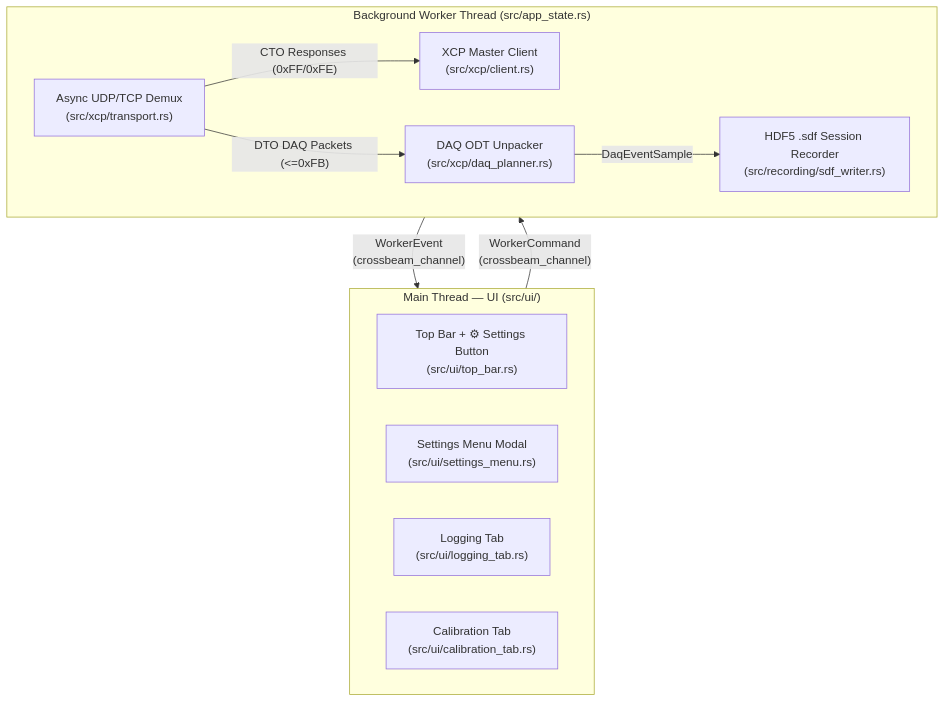
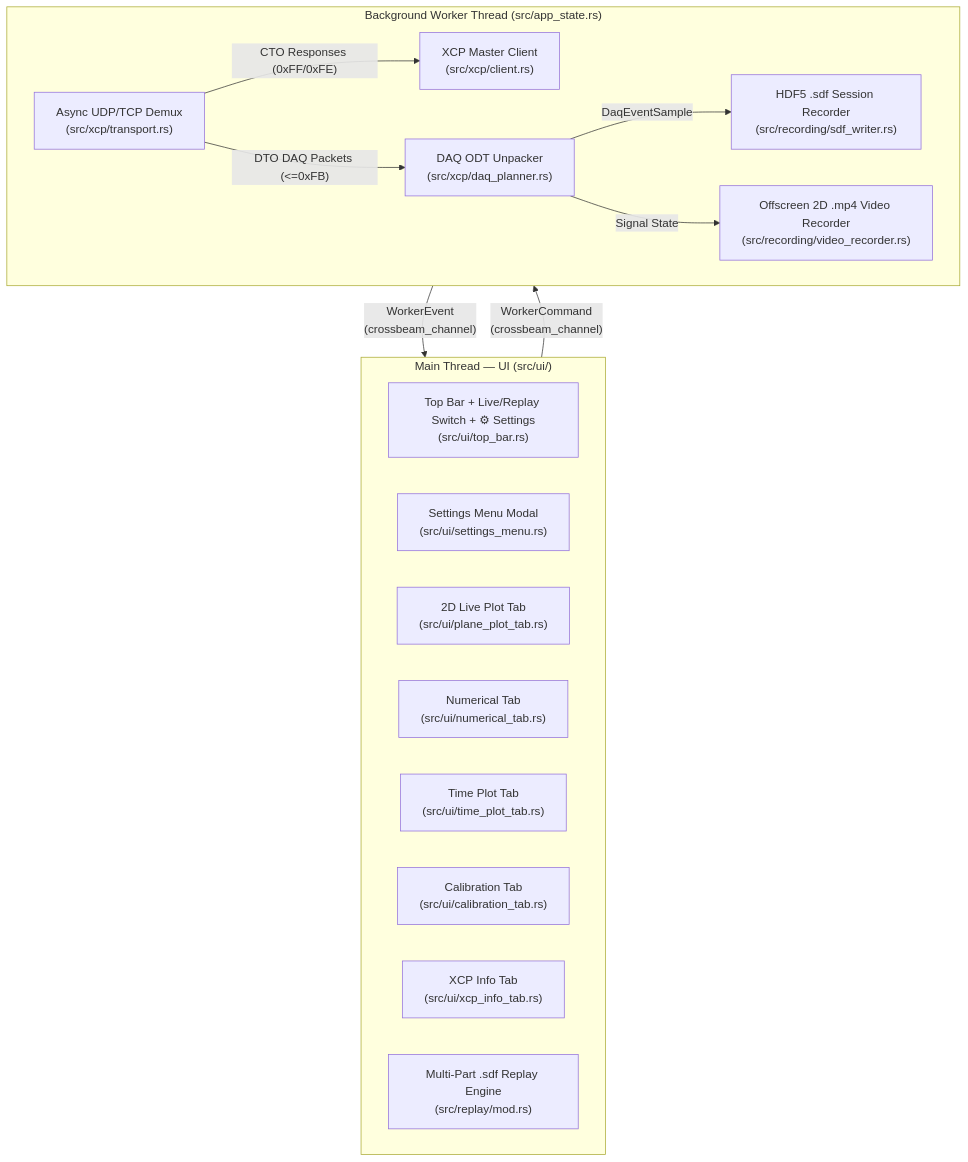
One commit to Ramin1886/Open_XCP_Client changed the diagram in docs/architecture.md. Above: the diagram before and after it, drawn with Mermaid. The commit also changed other lines of this file and 24 other files, not shown here.

Commit message:
Add 2D live plot, synchronized MP4 video recording, multi-part SDF replay, Time Plot, Numerical, and XCP Info tabs

````diff
--- a/docs/architecture.md
+++ b/docs/architecture.md
@@ -9,22 +9,28 @@
 ```mermaid
 flowchart TB
     subgraph UIThread["Main Thread — UI (src/ui/)"]
-        TopBar["Top Bar + ⚙ Settings Button\n(src/ui/top_bar.rs)"]
+        TopBar["Top Bar + Live/Replay Switch + ⚙ Settings\n(src/ui/top_bar.rs)"]
         SettingsModal["Settings Menu Modal\n(src/ui/settings_menu.rs)"]
-        LoggingTab["Logging Tab\n(src/ui/logging_tab.rs)"]
+        PlaneTab["2D Live Plot Tab\n(src/ui/plane_plot_tab.rs)"]
+        NumTab["Numerical Tab\n(src/ui/numerical_tab.rs)"]
+        TimeTab["Time Plot Tab\n(src/ui/time_plot_tab.rs)"]
         CalTab["Calibration Tab\n(src/ui/calibration_tab.rs)"]
+        InfoTab["XCP Info Tab\n(src/ui/xcp_info_tab.rs)"]
+        Replay["Multi-Part .sdf Replay Engine\n(src/replay/mod.rs)"]
     end
 
     subgraph WorkerThread["Background Worker Thread (src/app_state.rs)"]
         XcpClient["XCP Master Client\n(src/xcp/client.rs)"]
         Transport["Async UDP/TCP Demux\n(src/xcp/transport.rs)"]
         DaqPlanner["DAQ ODT Unpacker\n(src/xcp/daq_planner.rs)"]
         SdfRecorder["HDF5 .sdf Session Recorder\n(src/recording/sdf_writer.rs)"]
+        Mp4Recorder["Offscreen 2D .mp4 Video Recorder\n(src/recording/video_recorder.rs)"]
     end
 
     UIThread -->|"WorkerCommand\n(crossbeam_channel)"| WorkerThread
     WorkerThread -->|"WorkerEvent\n(crossbeam_channel)"| UIThread
     Transport -->|"CTO Responses (0xFF/0xFE)"| XcpClient
     Transport -->|"DTO DAQ Packets (<=0xFB)"| DaqPlanner
     DaqPlanner -->|"DaqEventSample"| SdfRecorder
+    DaqPlanner -->|"Signal State"| Mp4Recorder
 ```
````
